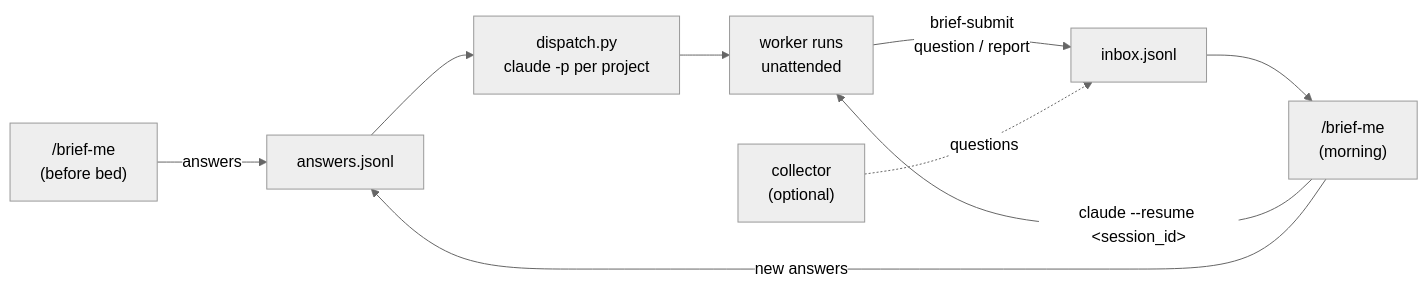
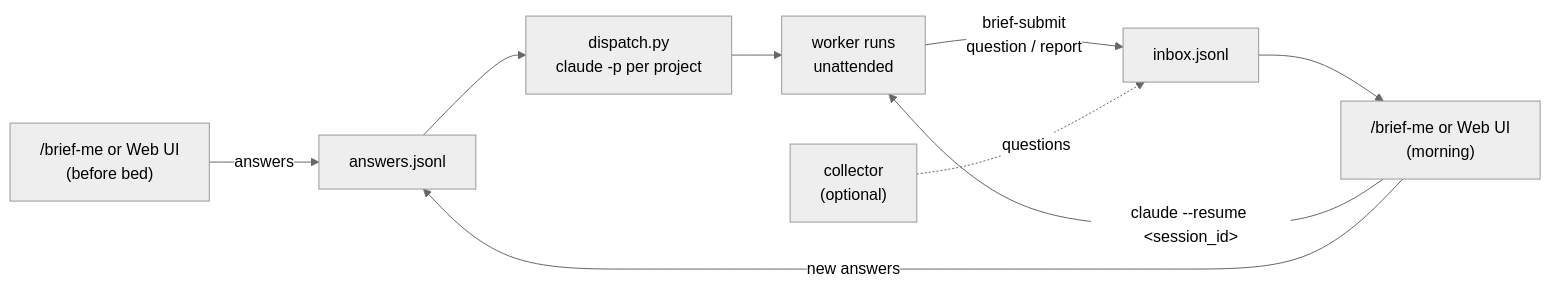
Before and after one commit to RyanLeeYi/agent-brief-me: the diagram in README.md, drawn with Mermaid (neutral theme). The commit also changed other lines of this file and 1 other file, not shown here.

Commit message:
docs(F10): Web UI section, decision table, mermaid nodes in both READMEs

````diff
--- a/README.md
+++ b/README.md
@@ -54,11 +55,11 @@
 ```mermaid
 flowchart LR
-    A["/brief-me<br/>(before bed)"] -->|answers| B[answers.jsonl]
+    A["/brief-me or Web UI<br/>(before bed)"] -->|answers| B[answers.jsonl]
     B --> C["dispatch.py<br/>claude -p per project"]
     C --> D["worker runs<br/>unattended"]
     D -->|"brief-submit<br/>question / report"| E[inbox.jsonl]
-    E --> F["/brief-me<br/>(morning)"]
+    E --> F["/brief-me or Web UI<br/>(morning)"]
     F -->|"claude --resume &lt;session_id&gt;"| D
     F -->|new answers| B
     G["collector<br/>(optional)"] -.->|questions| E
 ```
````
